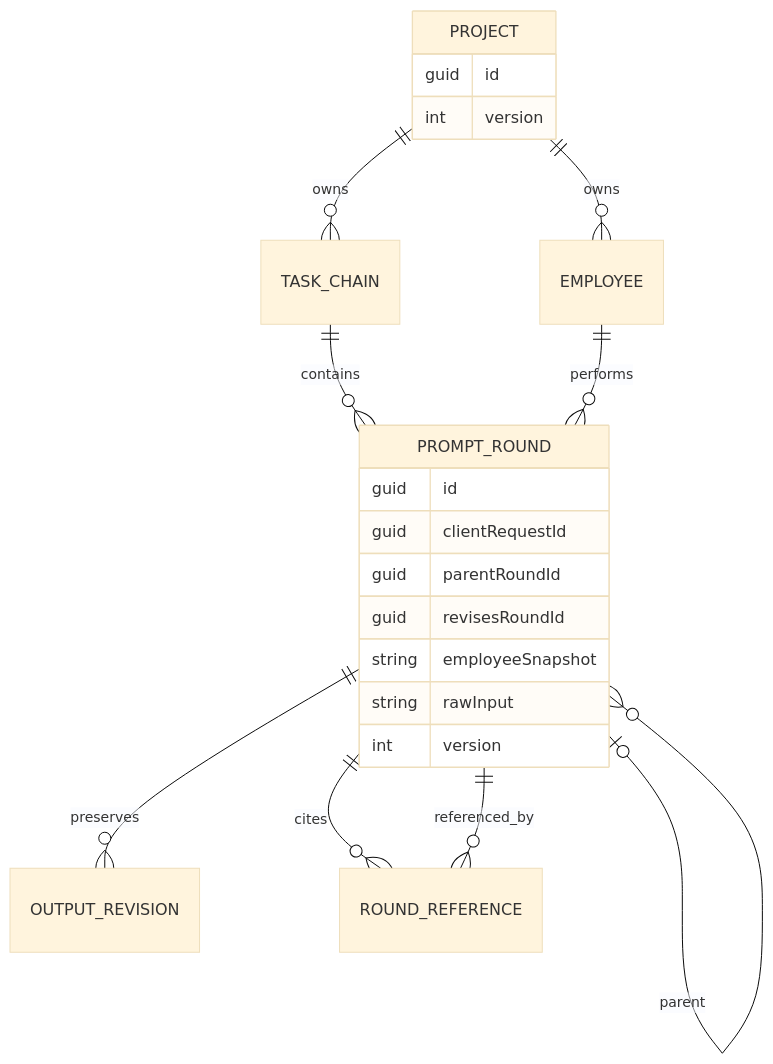
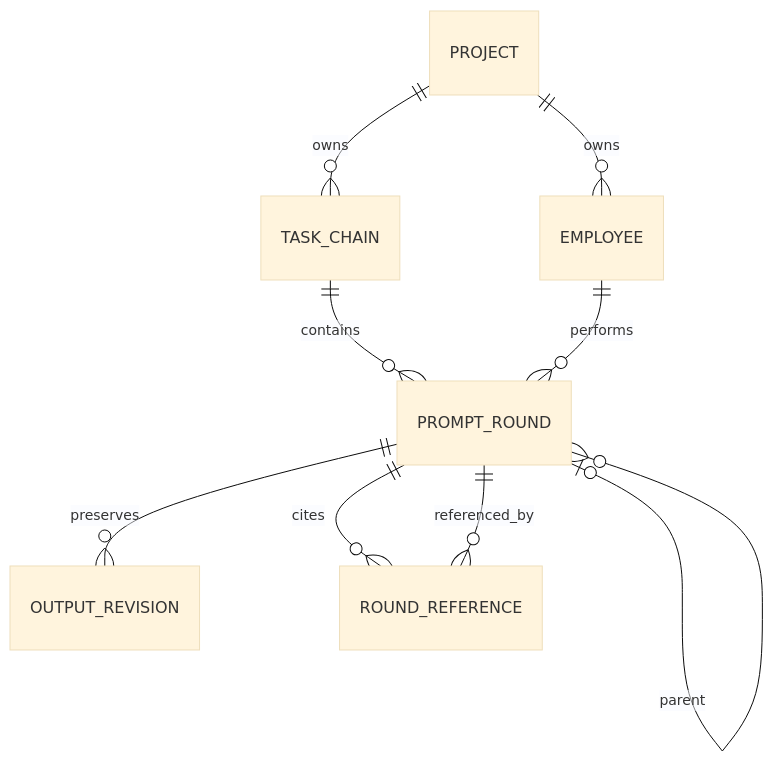
Before and after one commit to jayhuangsci/HabitTracker: the third of 3 diagrams in README.md, drawn with Mermaid (base theme). The commit also changed other lines of this file, not shown here.

Commit message:
docs(promptcrew): showcase employee histories, executable setup, and verified workflows

````diff
--- a/README.md
+++ b/README.md
@@ -128,24 +198,11 @@
 ```mermaid
 erDiagram
     PROJECT ||--o{ EMPLOYEE : owns
     PROJECT ||--o{ TASK_CHAIN : owns
     TASK_CHAIN ||--o{ PROMPT_ROUND : contains
     EMPLOYEE ||--o{ PROMPT_ROUND : performs
     PROMPT_ROUND o|--o{ PROMPT_ROUND : parent
     PROMPT_ROUND ||--o{ OUTPUT_REVISION : preserves
     PROMPT_ROUND ||--o{ ROUND_REFERENCE : cites
     PROMPT_ROUND ||--o{ ROUND_REFERENCE : referenced_by
-    PROJECT {
-        guid id
-        int version
-    }
-    PROMPT_ROUND {
-        guid id
-        guid clientRequestId
-        guid parentRoundId
-        guid revisesRoundId
-        string employeeSnapshot
-        string rawInput
-        int version
-    }
 ```
````
